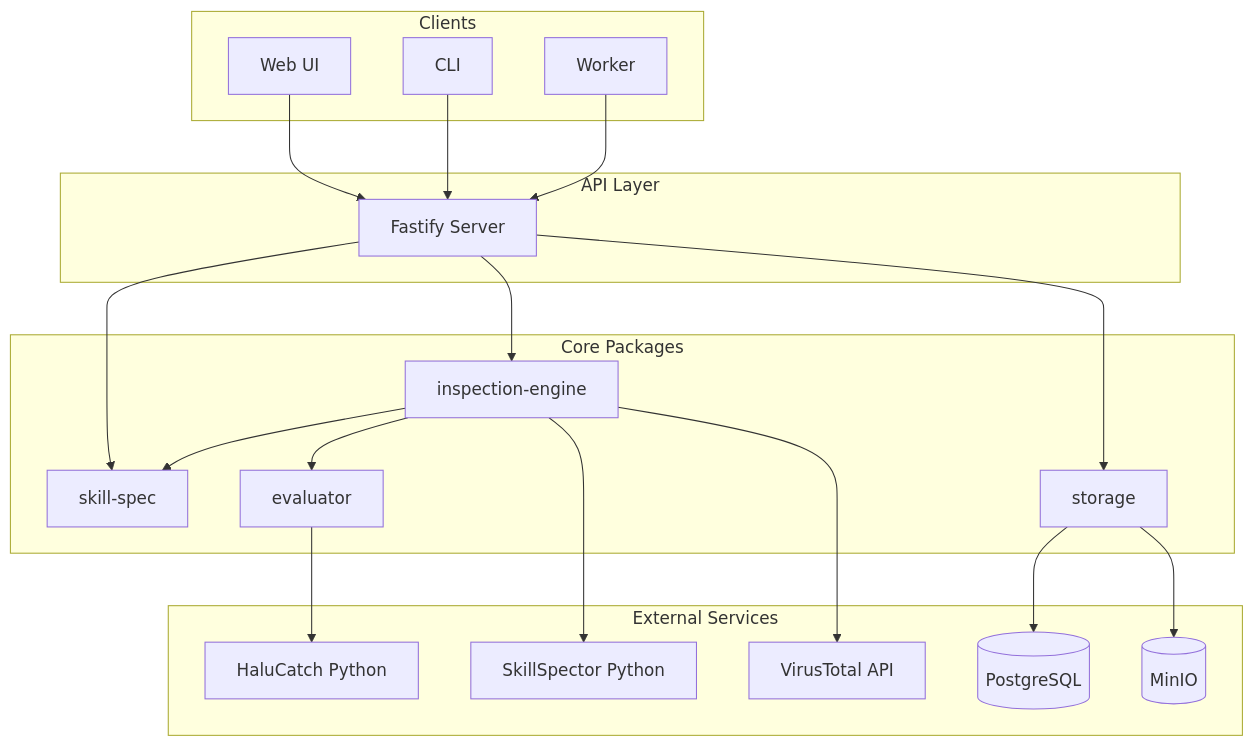
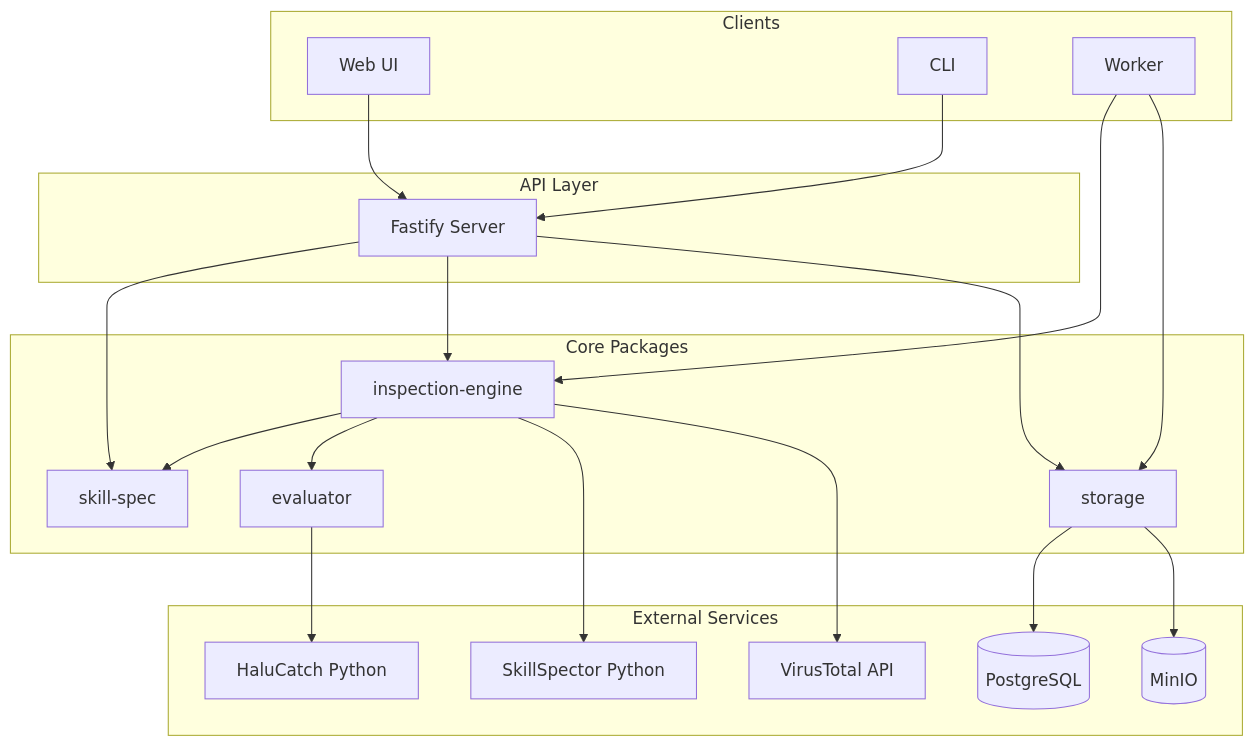
Before and after one commit to CoderMoray/SkillNavigator: the diagram in docs/architecture.md, drawn with Mermaid. The commit also changed other lines of this file, not shown here.

````diff
--- a/docs/architecture.md
+++ b/docs/architecture.md
@@ -40,44 +40,45 @@
 ```mermaid
 flowchart TB
   subgraph clients [Clients]
     Web[Web UI]
     CLI[CLI]
     Worker[Worker]
   end
 
   subgraph api [API Layer]
     Fastify[Fastify Server]
   end
 
   subgraph core [Core Packages]
     SkillSpec[skill-spec]
     ReviewEngine[inspection-engine]
     Evaluator[evaluator]
     Storage[storage]
   end
 
   subgraph external [External Services]
     PG[(PostgreSQL)]
     MinIO[(MinIO)]
     SkillSpector[SkillSpector Python]
     VirusTotal[VirusTotal API]
     HaluCatch[HaluCatch Python]
   end
 
   Web --> Fastify
   CLI --> Fastify
-  Worker --> Fastify
+  Worker --> ReviewEngine
+  Worker --> Storage
 
   Fastify --> SkillSpec
   Fastify --> ReviewEngine
   Fastify --> Storage
 
   ReviewEngine --> SkillSpec
   ReviewEngine --> Evaluator
   ReviewEngine --> SkillSpector
   ReviewEngine --> VirusTotal
   Evaluator --> HaluCatch
 
   Storage --> PG
   Storage --> MinIO
 ```
````
